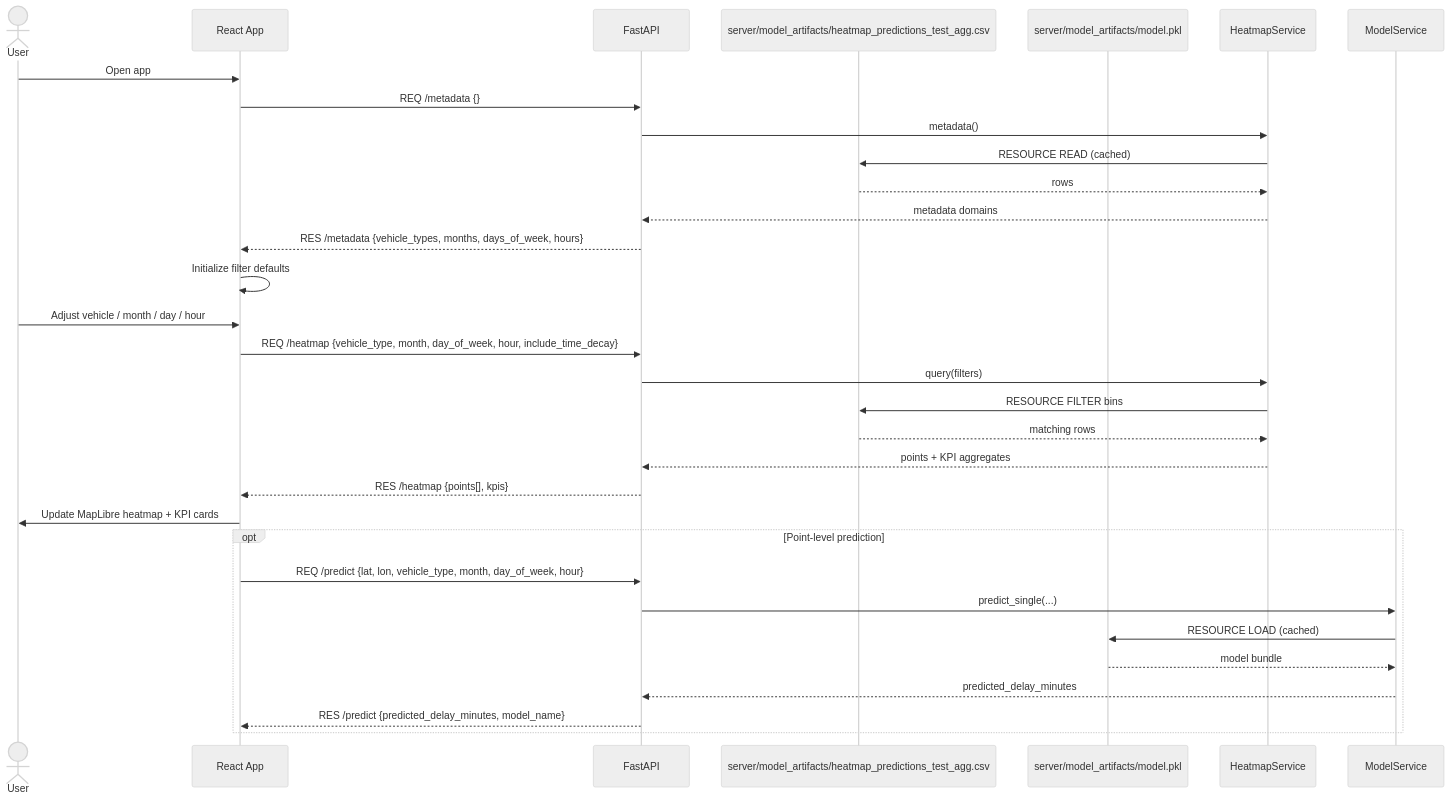
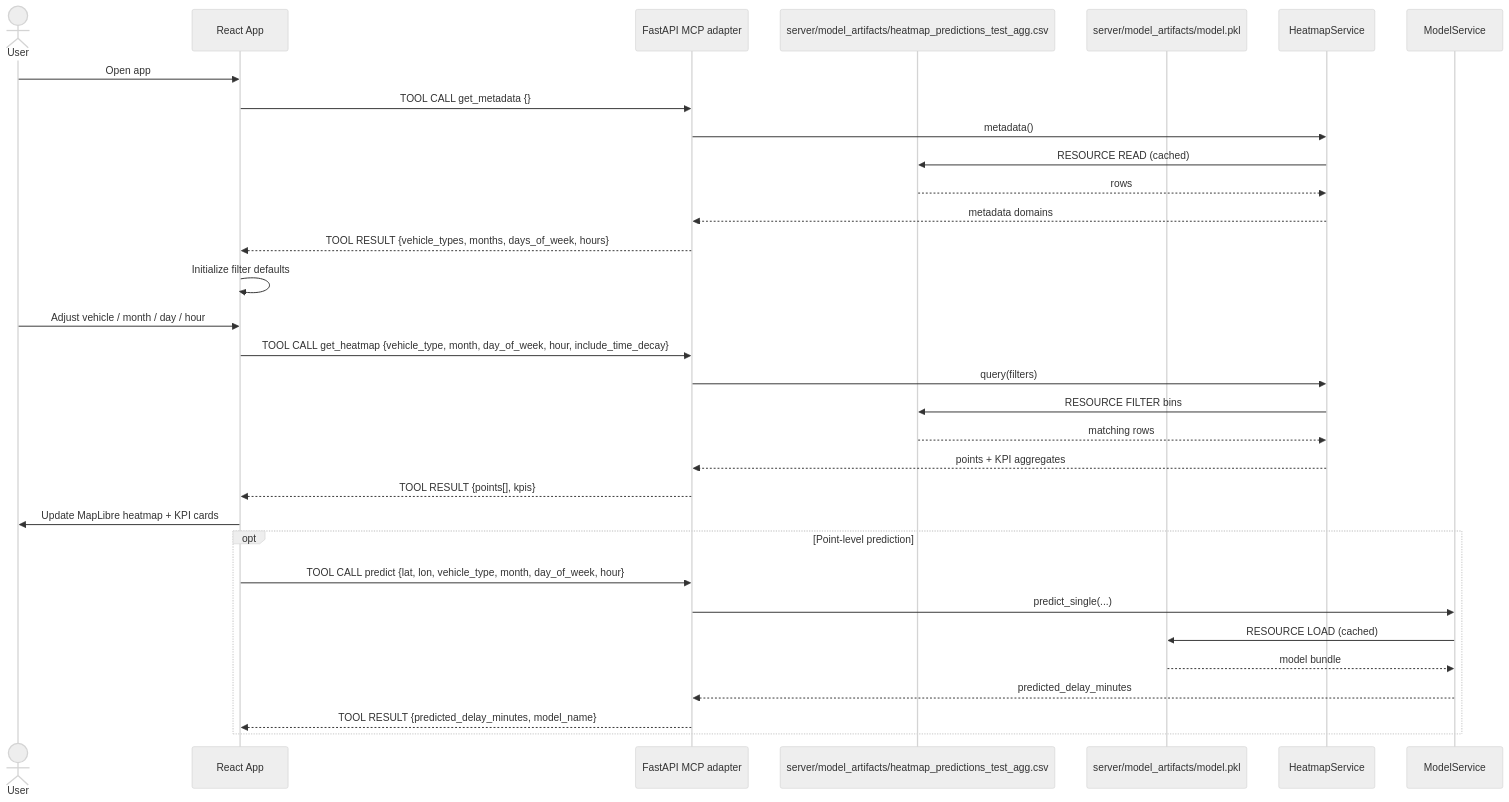
Before and after one commit to rosadigital/centennialCollege_AICapstoneProject: the second of 3 diagrams in README.md, drawn with Mermaid (neutral theme). The commit also changed other lines of this file, not shown here.

First line of the commit message:
docs: relabel diagrams to hybrid MCP semantics

````diff
--- a/README.md
+++ b/README.md
@@ -72,37 +72,37 @@
 ```mermaid
 sequenceDiagram
     actor User
     participant App as React App
-    participant API as FastAPI
+    participant API as FastAPI MCP adapter
     participant HFile as server/model_artifacts/heatmap_predictions_test_agg.csv
     participant MFile as server/model_artifacts/model.pkl
     participant HSvc as HeatmapService
     participant MSvc as ModelService
 
     User->>App: Open app
-    App->>API: REQ /metadata {}
+    App->>API: TOOL CALL get_metadata {}
     API->>HSvc: metadata()
     HSvc->>HFile: RESOURCE READ (cached)
     HFile-->>HSvc: rows
     HSvc-->>API: metadata domains
-    API-->>App: RES /metadata {vehicle_types, months, days_of_week, hours}
+    API-->>App: TOOL RESULT {vehicle_types, months, days_of_week, hours}
     App->>App: Initialize filter defaults
 
     User->>App: Adjust vehicle / month / day / hour
-    App->>API: REQ /heatmap {vehicle_type, month, day_of_week, hour, include_time_decay}
+    App->>API: TOOL CALL get_heatmap {vehicle_type, month, day_of_week, hour, include_time_decay}
     API->>HSvc: query(filters)
     HSvc->>HFile: RESOURCE FILTER bins
     HFile-->>HSvc: matching rows
     HSvc-->>API: points + KPI aggregates
-    API-->>App: RES /heatmap {points[], kpis}
+    API-->>App: TOOL RESULT {points[], kpis}
     App->>User: Update MapLibre heatmap + KPI cards
 
     opt Point-level prediction
-        App->>API: REQ /predict {lat, lon, vehicle_type, month, day_of_week, hour}
+        App->>API: TOOL CALL predict {lat, lon, vehicle_type, month, day_of_week, hour}
         API->>MSvc: predict_single(...)
         MSvc->>MFile: RESOURCE LOAD (cached)
         MFile-->>MSvc: model bundle
         MSvc-->>API: predicted_delay_minutes
-        API-->>App: RES /predict {predicted_delay_minutes, model_name}
+        API-->>App: TOOL RESULT {predicted_delay_minutes, model_name}
     end
 ```
````
